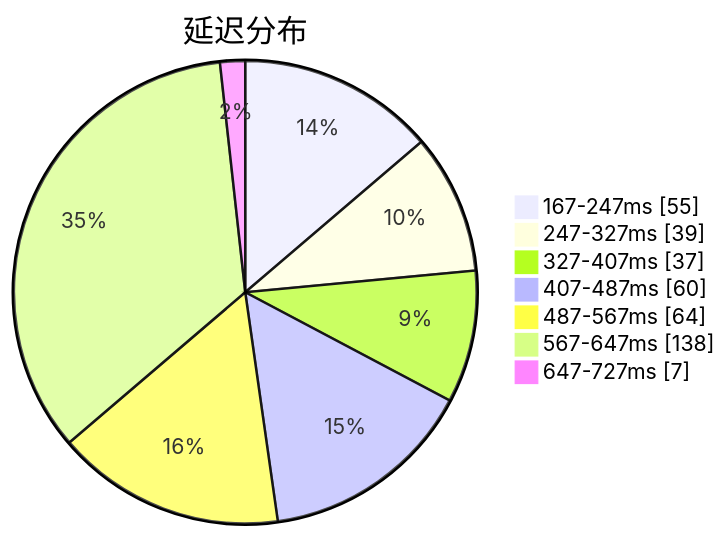
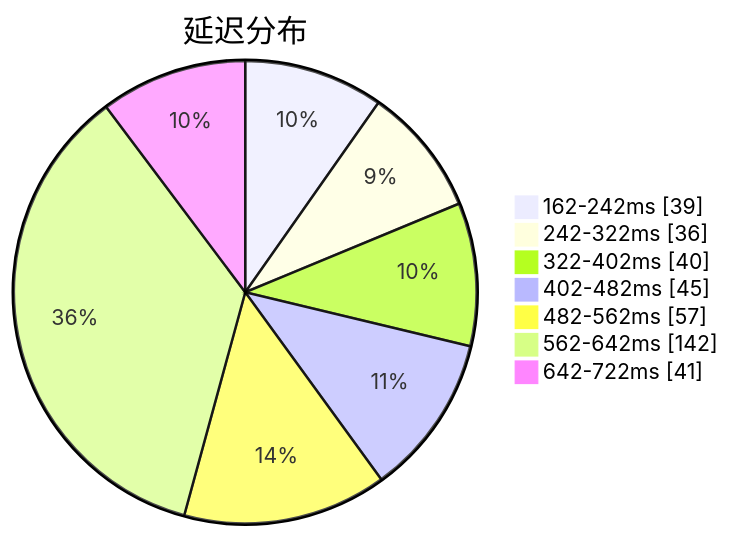
The first of 3 diagrams in subs/statistics/tested_within.md (qjlxg/airport), drawn with Mermaid before and after one commit. The commit also changed other lines of this file and 2 other files, not shown here.

````diff
--- a/subs/statistics/tested_within.md
+++ b/subs/statistics/tested_within.md
@@ -2,11 +2,11 @@
 ```mermaid
 pie showData
 title 延迟分布
-"167-247ms" : 55
-"247-327ms" : 39
-"327-407ms" : 37
-"407-487ms" : 60
-"487-567ms" : 64
-"567-647ms" : 138
-"647-727ms" : 7
+"162-242ms" : 39
+"242-322ms" : 36
+"322-402ms" : 40
+"402-482ms" : 45
+"482-562ms" : 57
+"562-642ms" : 142
+"642-722ms" : 41
 ```
````
